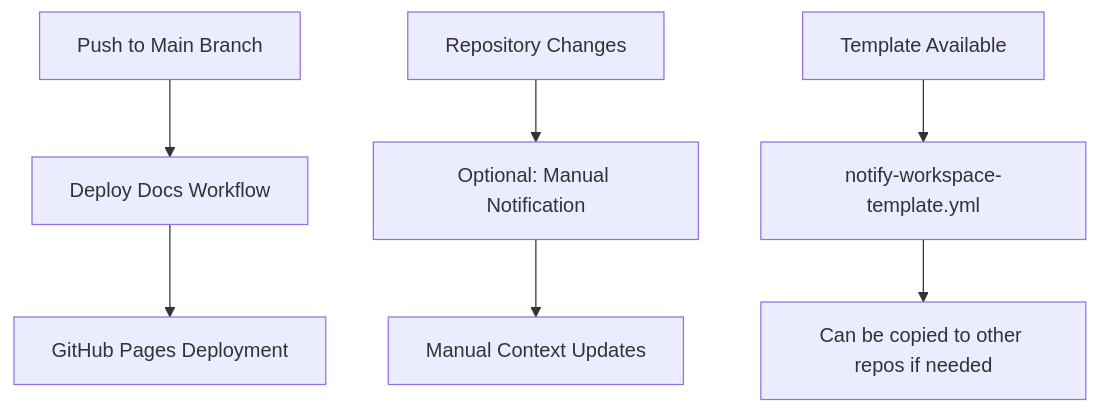
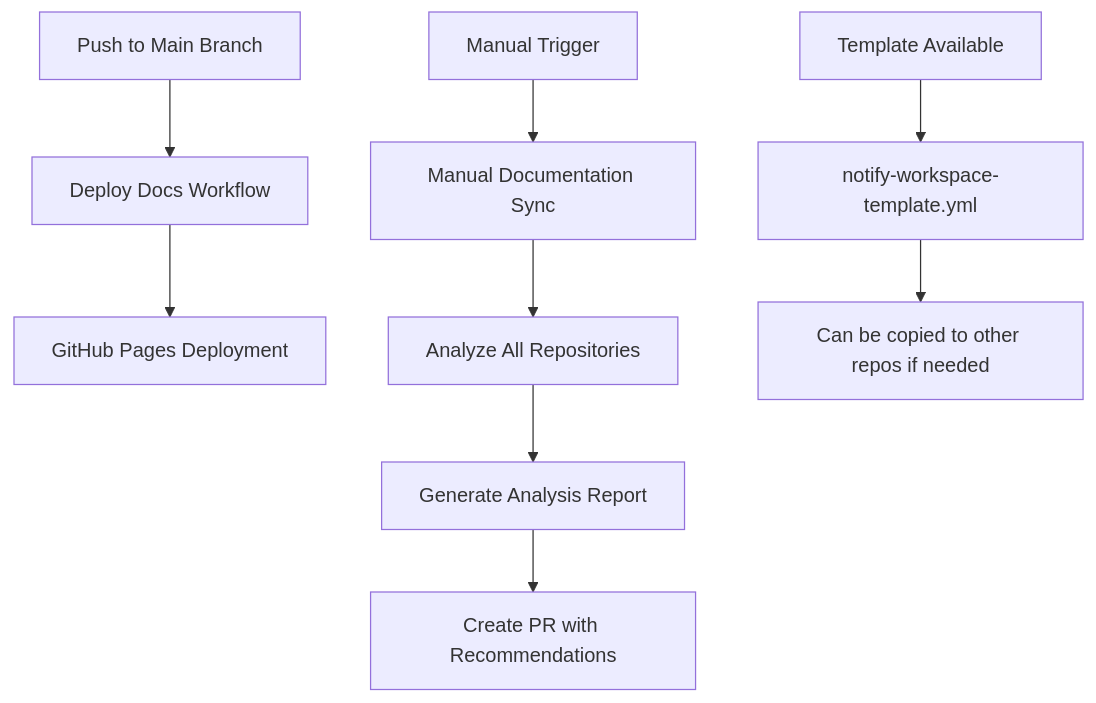
The diagram in docs/automation/automated-context-updates.md (toplocs/toplocs-workspace), drawn with Mermaid before and after one commit. The commit also changed other lines of this file and 3 other files, not shown here.

First line of the commit message:
Add manual documentation sync workflow

````diff
--- a/docs/automation/automated-context-updates.md
+++ b/docs/automation/automated-context-updates.md
@@ -15,11 +15,13 @@
 ```mermaid
 graph TD
     A[Push to Main Branch] --> B[Deploy Docs Workflow]
     B --> C[GitHub Pages Deployment]
     
-    D[Repository Changes] --> E[Optional: Manual Notification]
-    E --> F[Manual Context Updates]
+    D[Manual Trigger] --> E[Manual Documentation Sync]
+    E --> F[Analyze All Repositories]
+    F --> G[Generate Analysis Report]
+    G --> H[Create PR with Recommendations]
     
-    G[Template Available] --> H[notify-workspace-template.yml]
-    H --> I[Can be copied to other repos if needed]
+    I[Template Available] --> J[notify-workspace-template.yml]
+    J --> K[Can be copied to other repos if needed]
 ```
````
